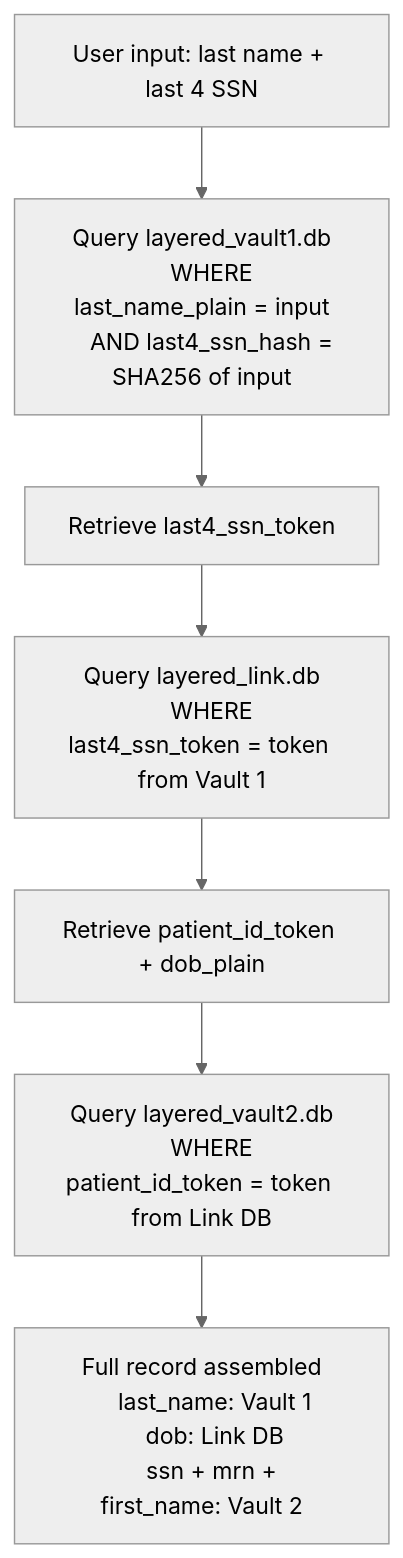
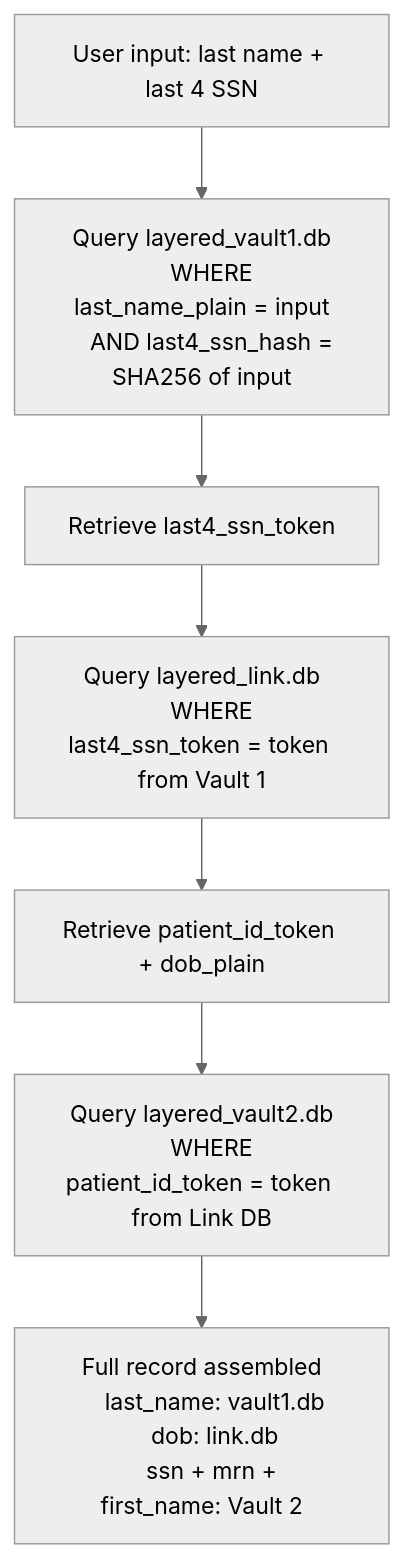
One commit to TheRealBastioul/ClearChart-C769-Project changed the fourth of 4 diagrams in README.md. Above: the diagram before and after it, drawn with Mermaid (neutral theme). The commit also changed other lines of this file, not shown here.

Commit message:
Fix database references and breach exposure information
Corrected database references and updated breach exposure details.

````diff
--- a/README.md
+++ b/README.md
@@ -161,25 +161,25 @@
 ```mermaid
 flowchart TD
     USER["User input: last name + last 4 SSN"]
 
     V1Q["Query layered_vault1.db
     WHERE last_name_plain = input
     AND last4_ssn_hash = SHA256 of input"]
 
     V1R["Retrieve last4_ssn_token"]
 
     LDBQ["Query layered_link.db
     WHERE last4_ssn_token = token from Vault 1"]
 
     LDBR["Retrieve patient_id_token + dob_plain"]
 
     V2Q["Query layered_vault2.db
     WHERE patient_id_token = token from Link DB"]
 
     ASSEMBLE["Full record assembled
-    last_name: Vault 1
-    dob: Link DB
+    last_name: vault1.db
+    dob: link.db
     ssn + mrn + first_name: Vault 2"]
 
     USER --> V1Q --> V1R --> LDBQ --> LDBR --> V2Q --> ASSEMBLE
 ```
````
